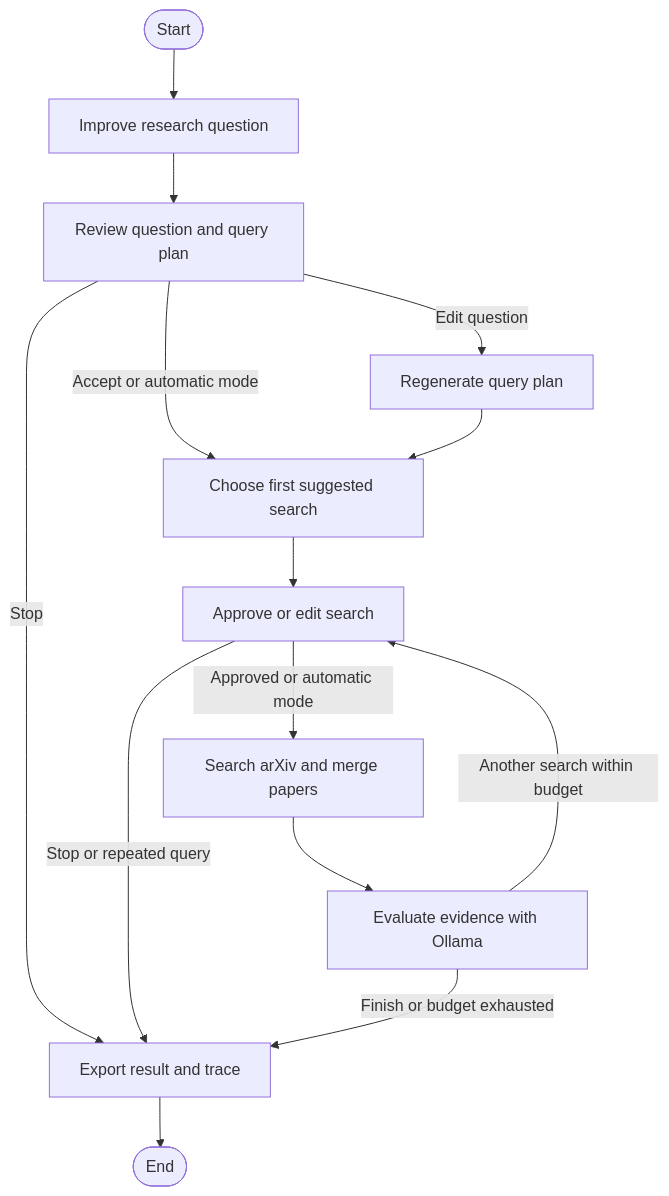
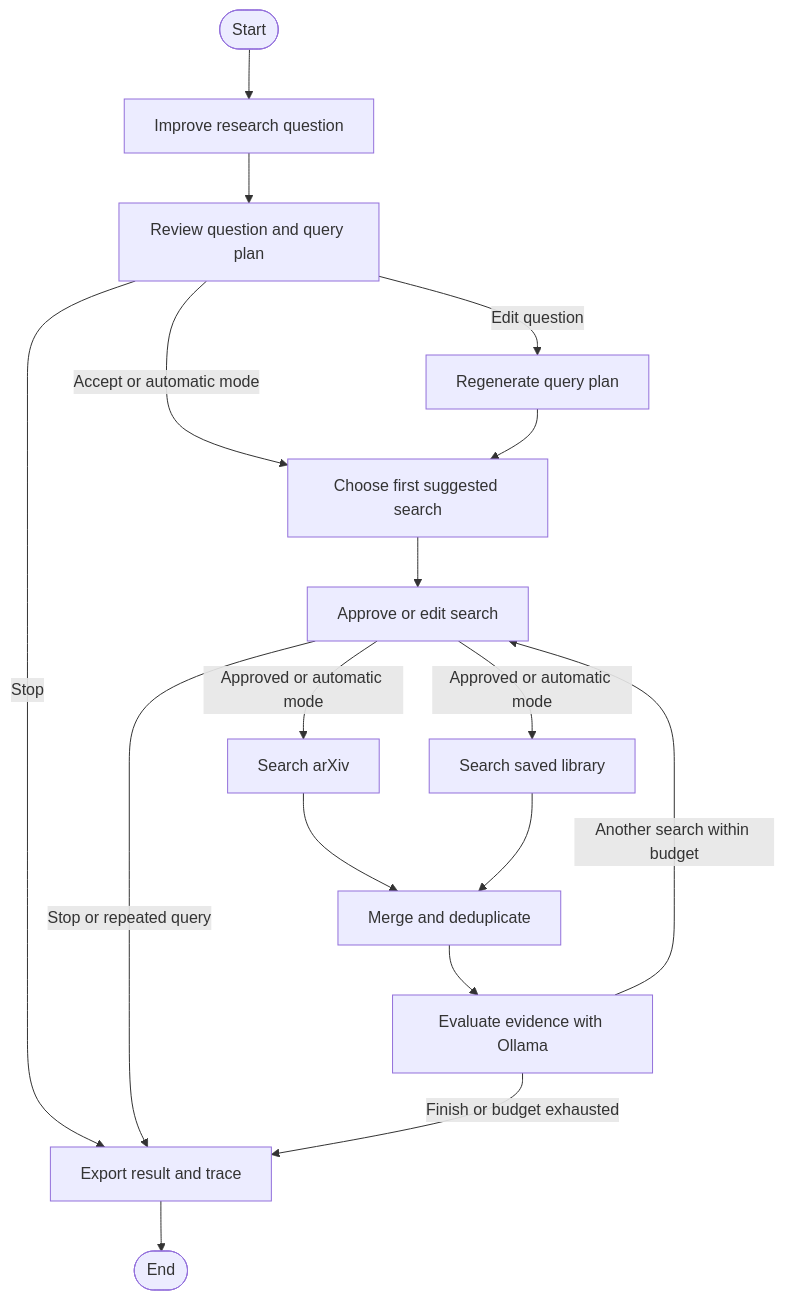
The diagram in docs/architecture.md (LorenzoVenturi/agentic-paper-retrieval), drawn with Mermaid before and after one commit. The commit also changed other lines of this file and 16 other files, not shown here.

````diff
--- a/docs/architecture.md
+++ b/docs/architecture.md
@@ -53,16 +54,19 @@
 ```mermaid
 flowchart TD
     start([Start]) --> refine[Improve research question]
     refine --> review[Review question and query plan]
     review -->|Accept or automatic mode| prepare[Choose first suggested search]
     review -->|Edit question| replan[Regenerate query plan]
     review -->|Stop| finish[Export result and trace]
     replan --> prepare
     prepare --> approve[Approve or edit search]
-    approve -->|Approved or automatic mode| search[Search arXiv and merge papers]
+    approve -->|Approved or automatic mode| search[Search arXiv]
+    approve -->|Approved or automatic mode| library[Search saved library]
     approve -->|Stop or repeated query| finish
-    search --> evaluate[Evaluate evidence with Ollama]
+    search --> merge[Merge and deduplicate]
+    library --> merge
+    merge --> evaluate[Evaluate evidence with Ollama]
     evaluate -->|Another search within budget| approve
     evaluate -->|Finish or budget exhausted| finish
     finish --> endnode([End])
 ```
````
